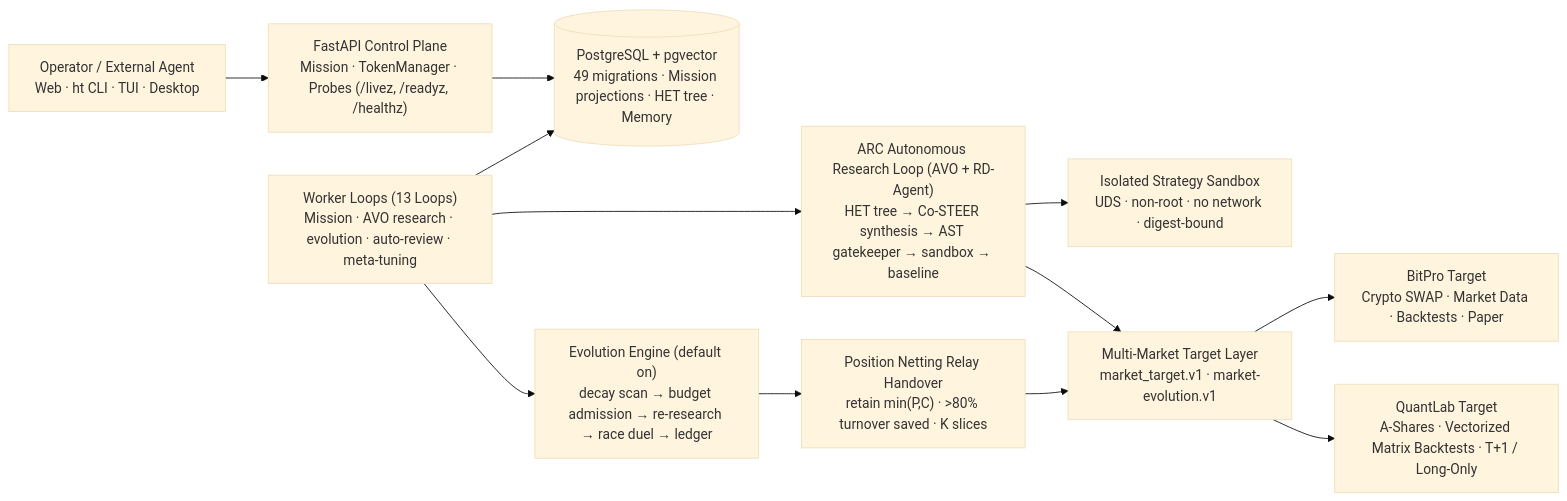
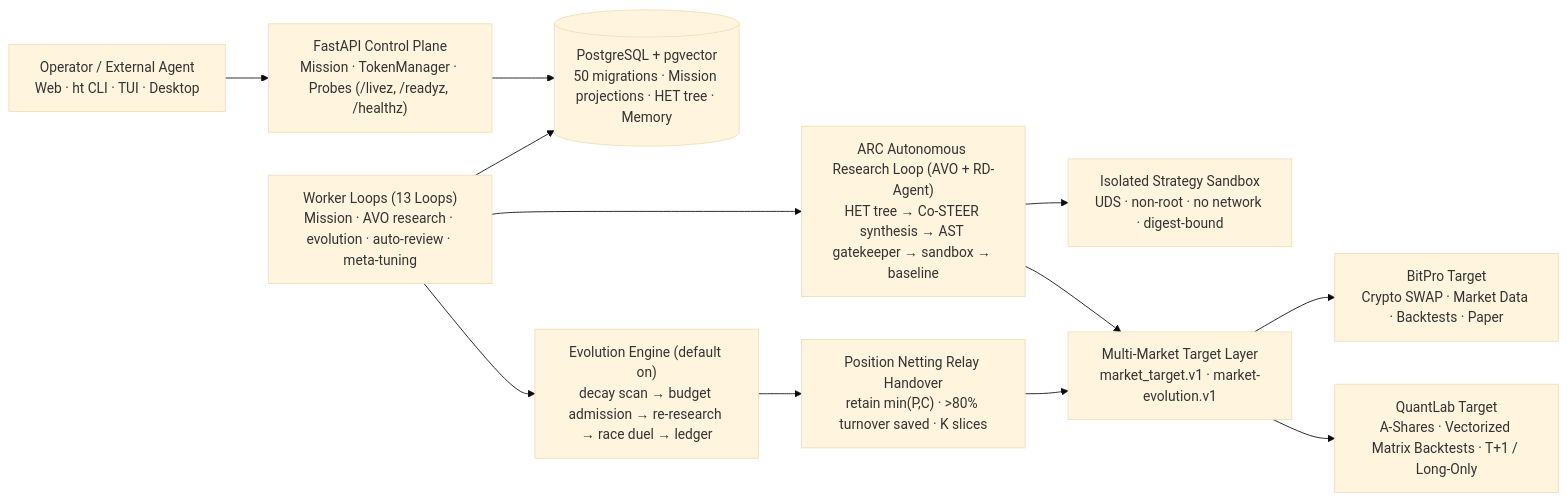
Before and after one commit to Shadowell/HyperTrade: the diagram in README.en.md, drawn with Mermaid (base theme). The commit also changed other lines of this file and 10 other files, not shown here.

````diff
--- a/README.en.md
+++ b/README.en.md
@@ -56,14 +56,14 @@
 ```mermaid
 flowchart LR
   Op["Operator / External Agent<br/>Web · ht CLI · TUI · Desktop"] --> API["FastAPI Control Plane<br/>Mission · TokenManager · Probes (/livez, /readyz, /healthz)"]
-  API --> DB[("PostgreSQL + pgvector<br/>49 migrations · Mission projections · HET tree · Memory")]
+  API --> DB[("PostgreSQL + pgvector<br/>50 migrations · Mission projections · HET tree · Memory")]
   Worker["Worker Loops (13 Loops)<br/>Mission · AVO research · evolution · auto-review · meta-tuning"] --> DB
   Worker --> Research["ARC Autonomous Research Loop (AVO + RD-Agent)<br/>HET tree → Co-STEER synthesis → AST gatekeeper → sandbox → baseline"]
   Worker --> Evolution["Evolution Engine (default on)<br/>decay scan → budget admission → re-research → race duel → ledger"]
   Research --> Sandbox["Isolated Strategy Sandbox<br/>UDS · non-root · no network · digest-bound"]
   Research --> Targets["Multi-Market Target Layer<br/>market_target.v1 · market-evolution.v1"]
   Evolution --> Relay["Position Netting Relay Handover<br/>retain min(P,C) · >80% turnover saved · K slices"]
   Relay --> Targets
   Targets --> BitPro["BitPro Target<br/>Crypto SWAP · Market Data · Backtests · Paper"]
   Targets --> QuantLab["QuantLab Target<br/>A-Shares · Vectorized Matrix Backtests · T+1 / Long-Only"]
 ```
````
